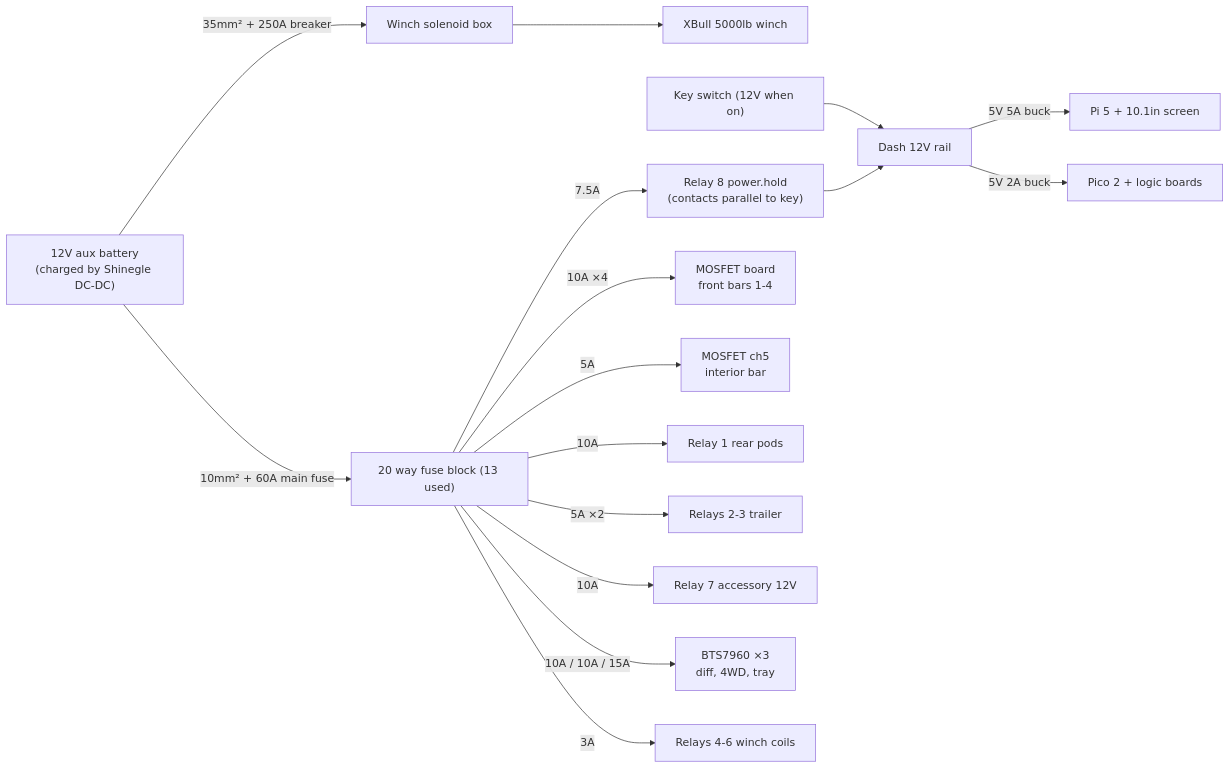
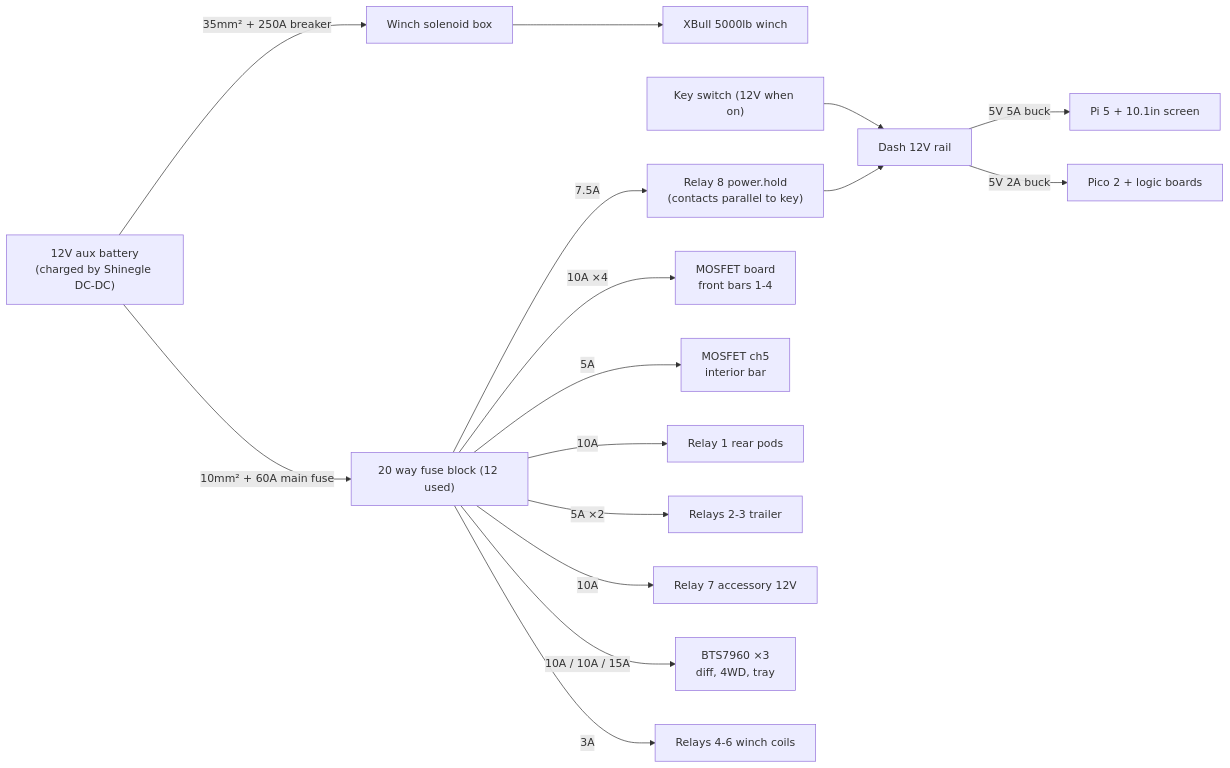
Before and after one commit to electrumnz/TERYXDACTL: the first of 2 diagrams in docs/wiring.md, drawn with Mermaid. The commit also changed other lines of this file and 12 other files, not shown here.

````diff
--- a/docs/wiring.md
+++ b/docs/wiring.md
@@ -34,17 +36,17 @@
 ```mermaid
 flowchart LR
   BATT["12V aux battery<br/>(charged by Shinegle DC-DC)"]
   BATT -- "35mm² + 250A breaker" --> WSOL["Winch solenoid box"] --> WINCH["XBull 5000lb winch"]
-  BATT -- "10mm² + 60A main fuse" --> FB["20 way fuse block (13 used)"]
+  BATT -- "10mm² + 60A main fuse" --> FB["20 way fuse block (12 used)"]
   KEY["Key switch (12V when on)"] --> RAIL
   FB -- "7.5A" --> HOLD["Relay 8 power.hold<br/>(contacts parallel to key)"] --> RAIL["Dash 12V rail"]
   RAIL -- "5V 5A buck" --> PI["Pi 5 + 10.1in screen"]
   RAIL -- "5V 2A buck" --> PICO["Pico 2 + logic boards"]
   FB -- "10A ×4" --> MOS["MOSFET board<br/>front bars 1-4"]
   FB -- "5A" --> MOSI["MOSFET ch5<br/>interior bar"]
   FB -- "10A" --> R1["Relay 1 rear pods"]
   FB -- "5A ×2" --> R23["Relays 2-3 trailer"]
   FB -- "10A" --> R7["Relay 7 accessory 12V"]
   FB -- "10A / 10A / 15A" --> BTS["BTS7960 ×3<br/>diff, 4WD, tray"]
   FB -- "3A" --> R456["Relays 4-6 winch coils"]
 ```
````
